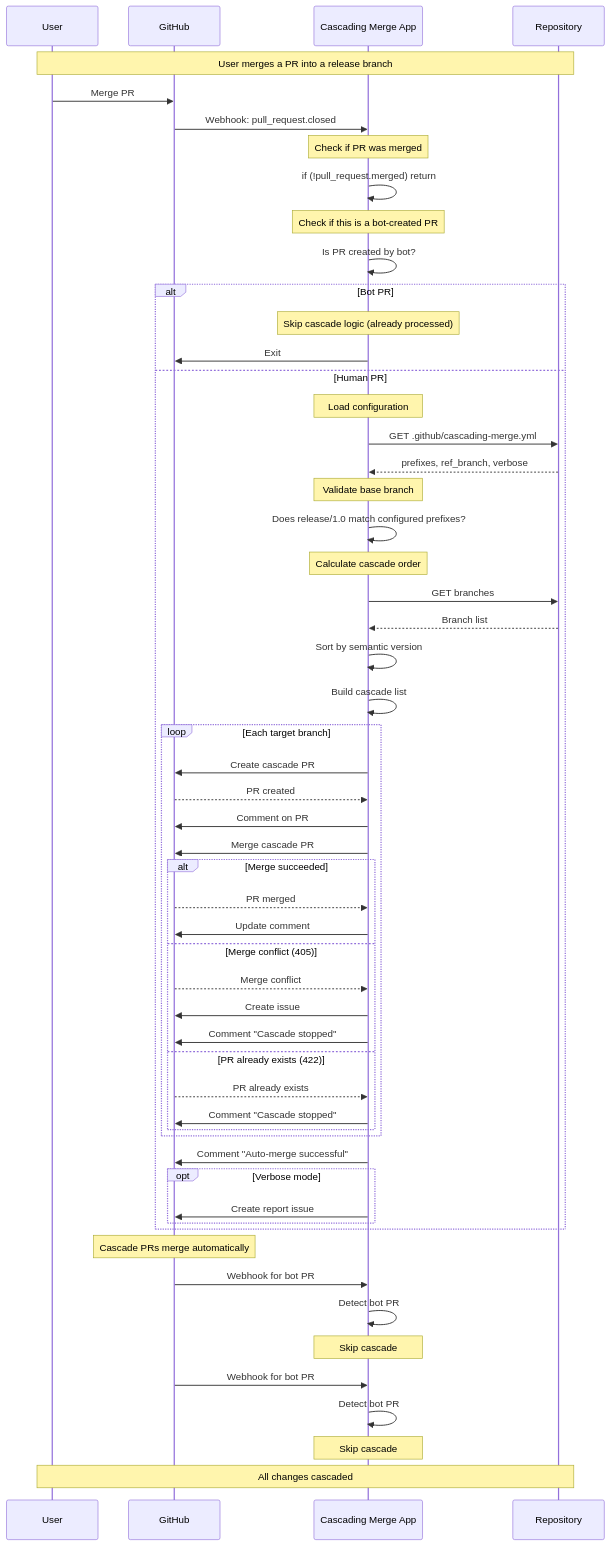
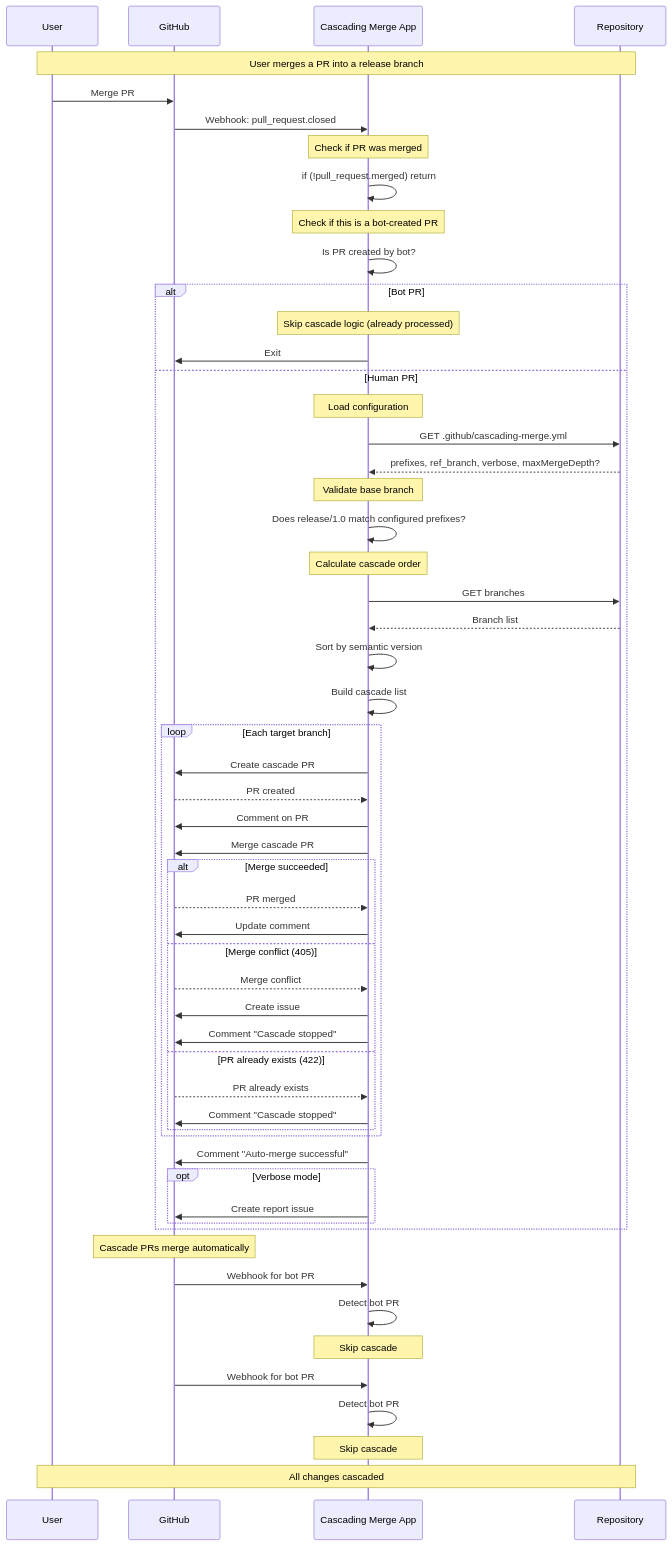
One commit to jefeish/cascading-merge-app changed the first of 2 diagrams in docs/cascade-sequence.md. Above: the diagram before and after it, drawn with Mermaid. The commit also changed other lines of this file and 19 other files, not shown here.

````diff
--- a/docs/cascade-sequence.md
+++ b/docs/cascade-sequence.md
@@ -7,75 +7,75 @@
 ```mermaid
 sequenceDiagram
     participant User
     participant GitHub
     participant App as Cascading Merge App
     participant Repo as Repository
 
     Note over User,Repo: User merges a PR into a release branch
 
     User->>GitHub: Merge PR #100 into release/1.0
     GitHub->>App: Webhook: pull_request.closed
 
     Note over App: Check if PR was merged
     App->>App: if (!pull_request.merged) return
 
     Note over App: Check if this is a bot-created PR
     App->>App: Is PR created by bot?
 
     alt Bot PR
         Note over App: Skip cascade logic (already processed)
         App->>GitHub: Exit
     else Human PR
         Note over App: Load configuration
         App->>Repo: GET .github/cascading-merge.yml
-        Repo-->>App: prefixes, ref_branch, verbose
+        Repo-->>App: prefixes, ref_branch, verbose, maxMergeDepth?
 
         Note over App: Validate base branch
         App->>App: Does release/1.0 match configured prefixes?
 
         Note over App: Calculate cascade order
         App->>Repo: GET branches
         Repo-->>App: Branch list
         App->>App: Sort by semantic version
         App->>App: Build cascade list
 
         loop Each target branch
             App->>GitHub: Create cascade PR
             GitHub-->>App: PR created
 
             App->>GitHub: Comment on PR #100
 
             App->>GitHub: Merge cascade PR
 
             alt Merge succeeded
                 GitHub-->>App: PR merged
                 App->>GitHub: Update comment
             else Merge conflict (405)
                 GitHub-->>App: Merge conflict
                 App->>GitHub: Create issue
                 App->>GitHub: Comment "Cascade stopped"
             else PR already exists (422)
                 GitHub-->>App: PR already exists
                 App->>GitHub: Comment "Cascade stopped"
             end
         end
 
         App->>GitHub: Comment "Auto-merge successful"
 
         opt Verbose mode
             App->>GitHub: Create report issue
         end
     end
 
     Note over GitHub: Cascade PRs merge automatically
 
     GitHub->>App: Webhook for bot PR #101
     App->>App: Detect bot PR
     Note over App: Skip cascade
 
     GitHub->>App: Webhook for bot PR #102
     App->>App: Detect bot PR
     Note over App: Skip cascade
 
     Note over User,Repo: All changes cascaded
 ```
````
